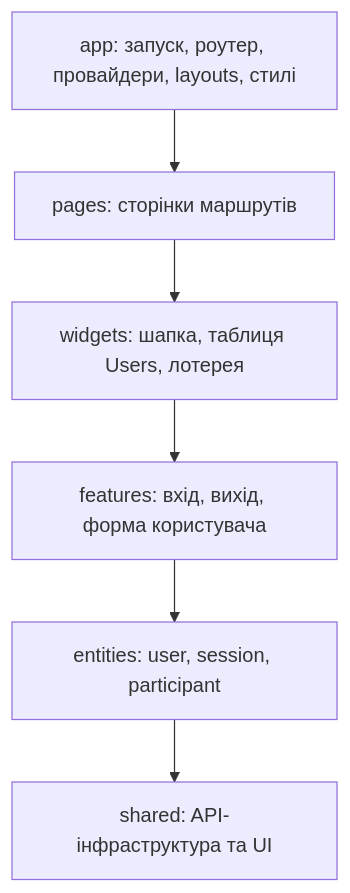
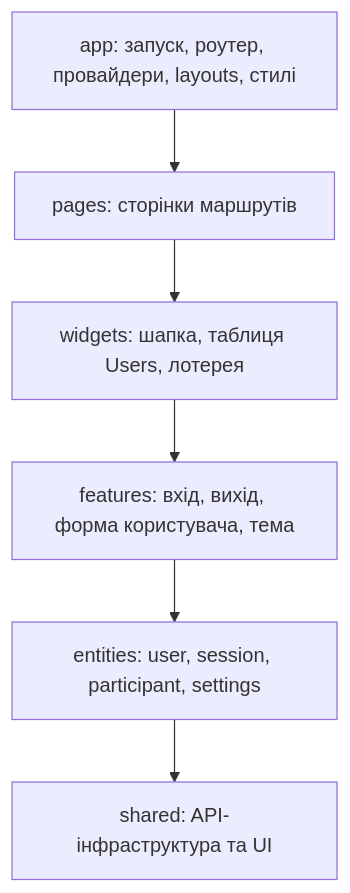
The diagram in README.md (SwagDispenser/vue-lottery-app), drawn with Mermaid before and after one commit. The commit also changed other lines of this file and 30 other files, not shown here.

````diff
--- a/README.md
+++ b/README.md
@@ -35,8 +35,8 @@
 ```mermaid
 flowchart TD
     app[app: запуск, роутер, провайдери, layouts, стилі] --> pages[pages: сторінки маршрутів]
     pages --> widgets[widgets: шапка, таблиця Users, лотерея]
-    widgets --> features[features: вхід, вихід, форма користувача]
-    features --> entities[entities: user, session, participant]
+    widgets --> features[features: вхід, вихід, форма користувача, тема]
+    features --> entities[entities: user, session, participant, settings]
     entities --> shared[shared: API-інфраструктура та UI]
 ```
````
